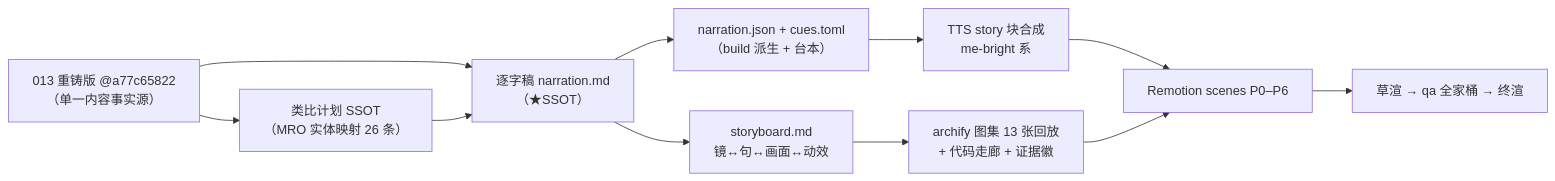
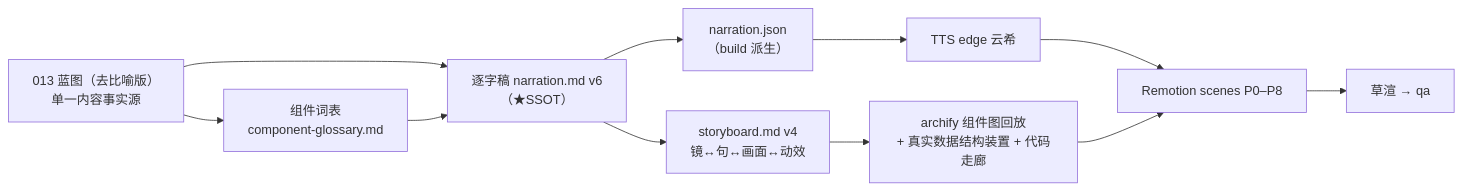
One commit to ThreeFish-AI/negentropy changed the diagram in apps/negentropy-influence/episodes/context-layer-video/script/planning.md. Above: the diagram before and after it, drawn with Mermaid. The commit also changed other lines of this file and 476 other files, not shown here.

First line of the commit message:
docs+feat: 013 蓝图去比喻整改 + Context Layer 第 2 集零类比重制（edge 草渲 26:57） (#1195)

````diff
--- a/apps/negentropy-influence/episodes/context-layer-video/script/planning.md
+++ b/apps/negentropy-influence/episodes/context-layer-video/script/planning.md
@@ -62,13 +74,13 @@
 ```mermaid
 flowchart LR
-    A["013 重铸版 @a77c65822<br/>（单一内容事实源）"] --> B["逐字稿 narration.md<br/>（★SSOT）"]
-    A --> C["类比计划 SSOT<br/>（MRO 实体映射 26 条）"]
-    C --> B
-    B --> D["narration.json + cues.toml<br/>（build 派生 + 台本）"]
-    D --> E["TTS story 块合成<br/>me-bright 系"]
-    B --> F["storyboard.md<br/>镜↔句↔画面↔动效"]
-    F --> G["archify 图集 13 张回放<br/>+ 代码走廊 + 证据徽"]
-    E --> H["Remotion scenes P0–P6"]
-    G --> H
-    H --> I["草渲 → qa 全家桶 → 终渲"]
+    A["013 蓝图（去比喻版）<br/>单一内容事实源"] --> G["组件词表<br/>component-glossary.md"]
+    A --> B["逐字稿 narration.md v6<br/>（★SSOT）"]
+    G --> B
+    B --> D["narration.json<br/>（build 派生）"]
+    D --> E["TTS edge 云希"]
+    B --> F["storyboard.md v4<br/>镜↔句↔画面↔动效"]
+    F --> H["archify 组件图回放<br/>+ 真实数据结构装置 + 代码走廊"]
+    E --> I["Remotion scenes P0–P8"]
+    H --> I
+    I --> J["草渲 → qa"]
 ```
````
